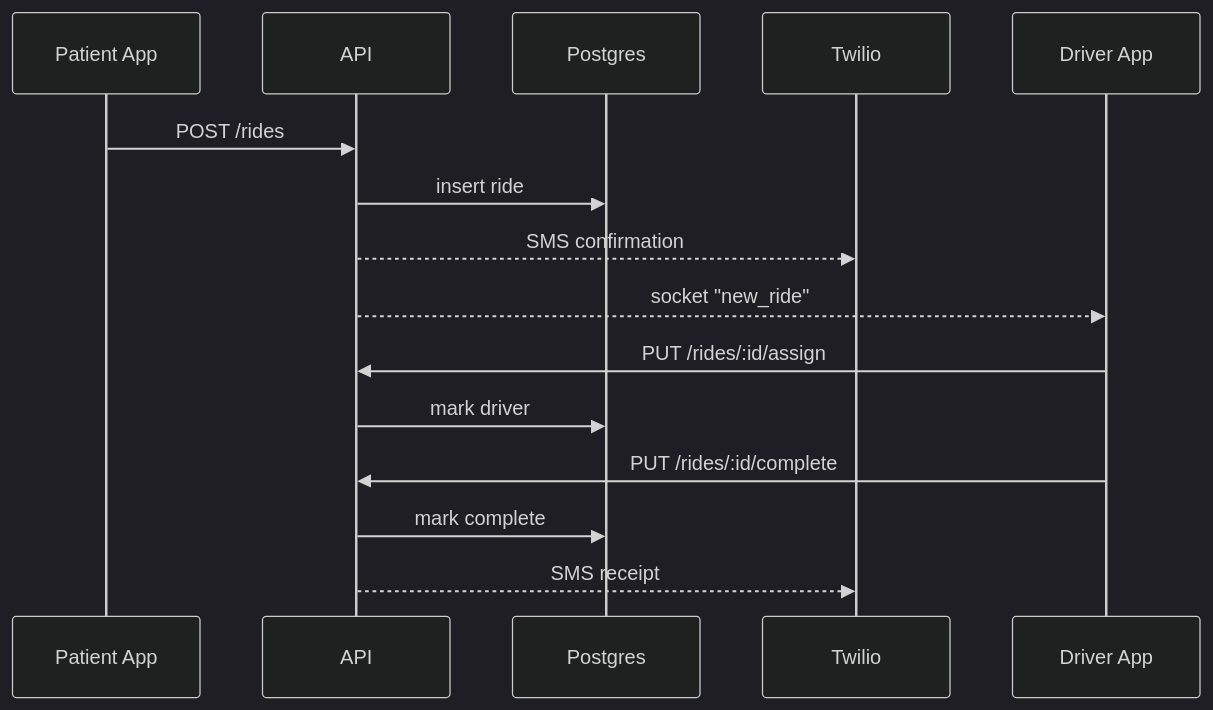
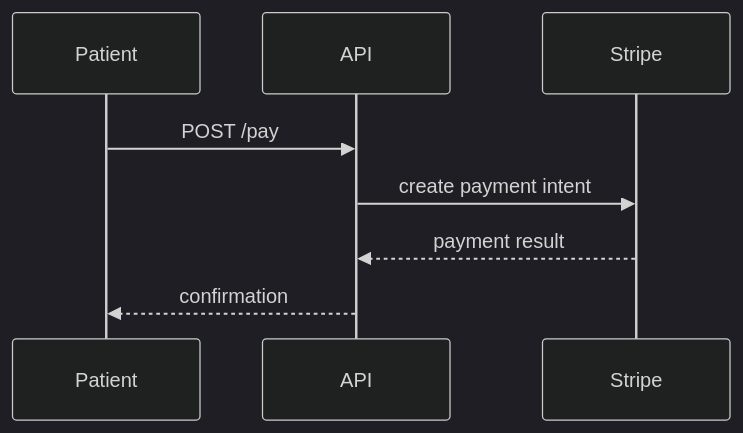
The diagram in docs/ARCHITECTURE.md (dababiyoda/CHARIO), drawn with Mermaid (dark theme) before and after one commit. The commit also changed other lines of this file and 1 other file, not shown here.

Commit message:
docs: add security table and diagram

````diff
--- a/docs/ARCHITECTURE.md
+++ b/docs/ARCHITECTURE.md
@@ -7,18 +7,11 @@
 ```mermaid
 sequenceDiagram
-    participant P as Patient App
+    participant Patient
     participant API
-    participant DB as Postgres
-    participant Tw as Twilio
-    participant D as Driver App
+    participant Stripe
 
-    P->>API: POST /rides
-    API->>DB: insert ride
-    API-->>Tw: SMS confirmation
-    API-->>D: socket "new_ride"
-    D->>API: PUT /rides/:id/assign
-    API->>DB: mark driver
-    D->>API: PUT /rides/:id/complete
-    API->>DB: mark complete
-    API-->>Tw: SMS receipt
+    Patient->>API: POST /pay
+    API->>Stripe: create payment intent
+    Stripe-->>API: payment result
+    API-->>Patient: confirmation
 ```
````
